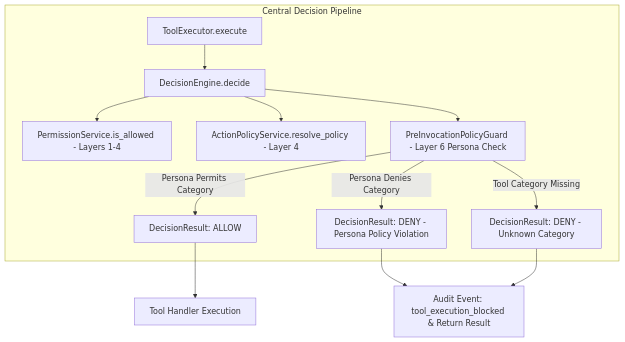
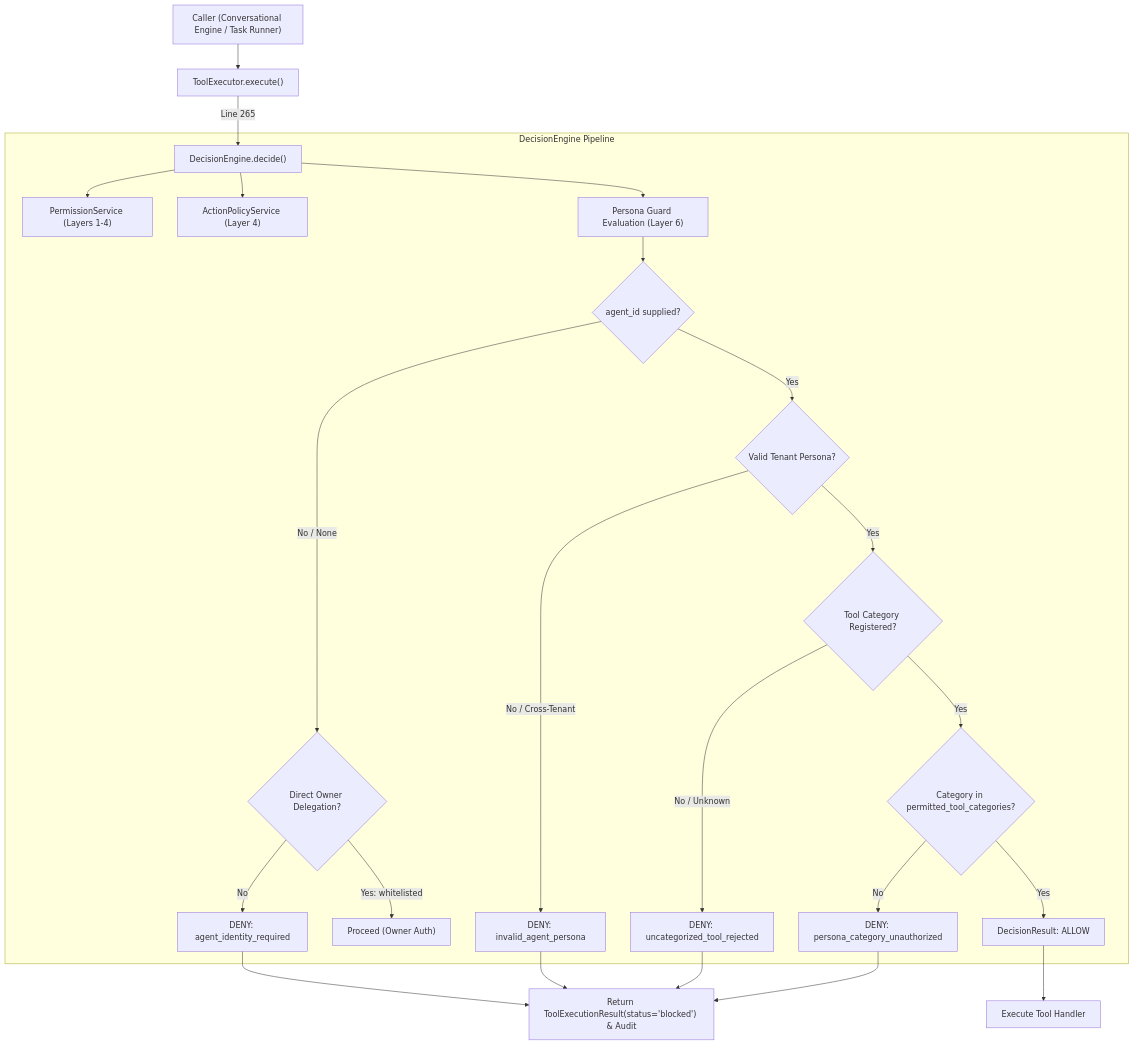
One commit to QQYC9/ai-employee-platform changed the second of 3 diagrams in docs/audit/phase-5/PHASE_5_PROPOSAL.md. Above: the diagram before and after it, drawn with Mermaid. The commit also changed other lines of this file, not shown here.

````diff
--- a/docs/audit/phase-5/PHASE_5_PROPOSAL.md
+++ b/docs/audit/phase-5/PHASE_5_PROPOSAL.md
@@ -140,16 +139,29 @@
 ```mermaid
 flowchart TD
-    subgraph Central Decision Pipeline
-        TE[ToolExecutor.execute] --> DE[DecisionEngine.decide]
-        DE --> PS[PermissionService.is_allowed - Layers 1-4]
-        DE --> APS[ActionPolicyService.resolve_policy - Layer 4]
-        DE --> PIPG[PreInvocationPolicyGuard - Layer 6 Persona Check]
+    CALLER["Caller (Conversational Engine / Task Runner)"] --> TE["ToolExecutor.execute()"]
+    TE -->|Line 265| DE["DecisionEngine.decide()"]
 
-        PIPG -->|Persona Permits Category| DE_ALLOW[DecisionResult: ALLOW]
-        PIPG -->|Persona Denies Category| DE_DENY[DecisionResult: DENY - Persona Policy Violation]
-        PIPG -->|Tool Category Missing| DE_SAFE_DENY[DecisionResult: DENY - Unknown Category]
+    subgraph DecisionEngine Pipeline
+        DE --> PS["PermissionService (Layers 1-4)"]
+        DE --> APS["ActionPolicyService (Layer 4)"]
+        DE --> PPG["Persona Guard Evaluation (Layer 6)"]
+
+        PPG --> COND1{"agent_id supplied?"}
+        COND1 -->|No / None| CHK_OWNER{"Direct Owner Delegation?"}
+        CHK_OWNER -->|No| DENY_NO_AGENT["DENY: agent_identity_required"]
+        CHK_OWNER -->|Yes: whitelisted| PASS_OWNER["Proceed (Owner Auth)"]
+
+        COND1 -->|Yes| COND2{"Valid Tenant Persona?"}
+        COND2 -->|No / Cross-Tenant| DENY_INVALID["DENY: invalid_agent_persona"]
+        COND2 -->|Yes| COND3{"Tool Category Registered?"}
+
+        COND3 -->|No / Unknown| DENY_UNMAPPED["DENY: uncategorized_tool_rejected"]
+        COND3 -->|Yes| COND4{"Category in permitted_tool_categories?"}
+
+        COND4 -->|No| DENY_PERSONA["DENY: persona_category_unauthorized"]
+        COND4 -->|Yes| ALLOW_RES["DecisionResult: ALLOW"]
     end
 
-    DE_ALLOW --> TH[Tool Handler Execution]
-    DE_DENY & DE_SAFE_DENY --> BLK[Audit Event: tool_execution_blocked & Return Result]
+    ALLOW_RES --> TH["Execute Tool Handler"]
+    DENY_NO_AGENT & DENY_INVALID & DENY_UNMAPPED & DENY_PERSONA --> BLK["Return ToolExecutionResult(status='blocked') & Audit"]
 ```
````
